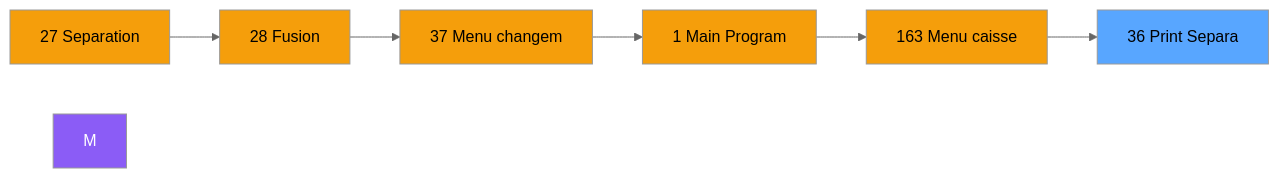
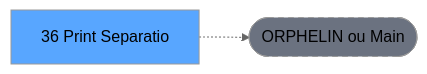
One commit to thonyAGP/lecteur-magic changed the second of 3 diagrams in .openspec/renders/ADH-IDE-36.md. Above: the diagram before and after it, drawn with Mermaid (neutral theme). The commit also changed other lines of this file and 701 other files, not shown here.

````diff
--- a/.openspec/renders/ADH-IDE-36.md
+++ b/.openspec/renders/ADH-IDE-36.md
@@ -122,21 +120,8 @@
 ```mermaid
 graph LR
-    N27[27 Separation]
-    N28[28 Fusion]
-    N37[37 Menu changem]
-    N1[1 Main Program]
-    N163[163 Menu caisse ]
-    T[36 Print Separa]
-    N27 --> N28
-    N28 --> N37
-    N37 --> N1
-    N1 --> N163
-    N163 --> T
-    style M fill:#8b5cf6,color:#fff
-    style N27 fill:#f59e0b
-    style N28 fill:#f59e0b
-    style N37 fill:#f59e0b
-    style N1 fill:#f59e0b
-    style N163 fill:#f59e0b
+    T[36 Print Separatio]
+    ORPHAN([ORPHELIN ou Main])
+    T -.-> ORPHAN
     style T fill:#58a6ff,color:#000
+    style ORPHAN fill:#6b7280,stroke-dasharray: 5 5
 ```
````
